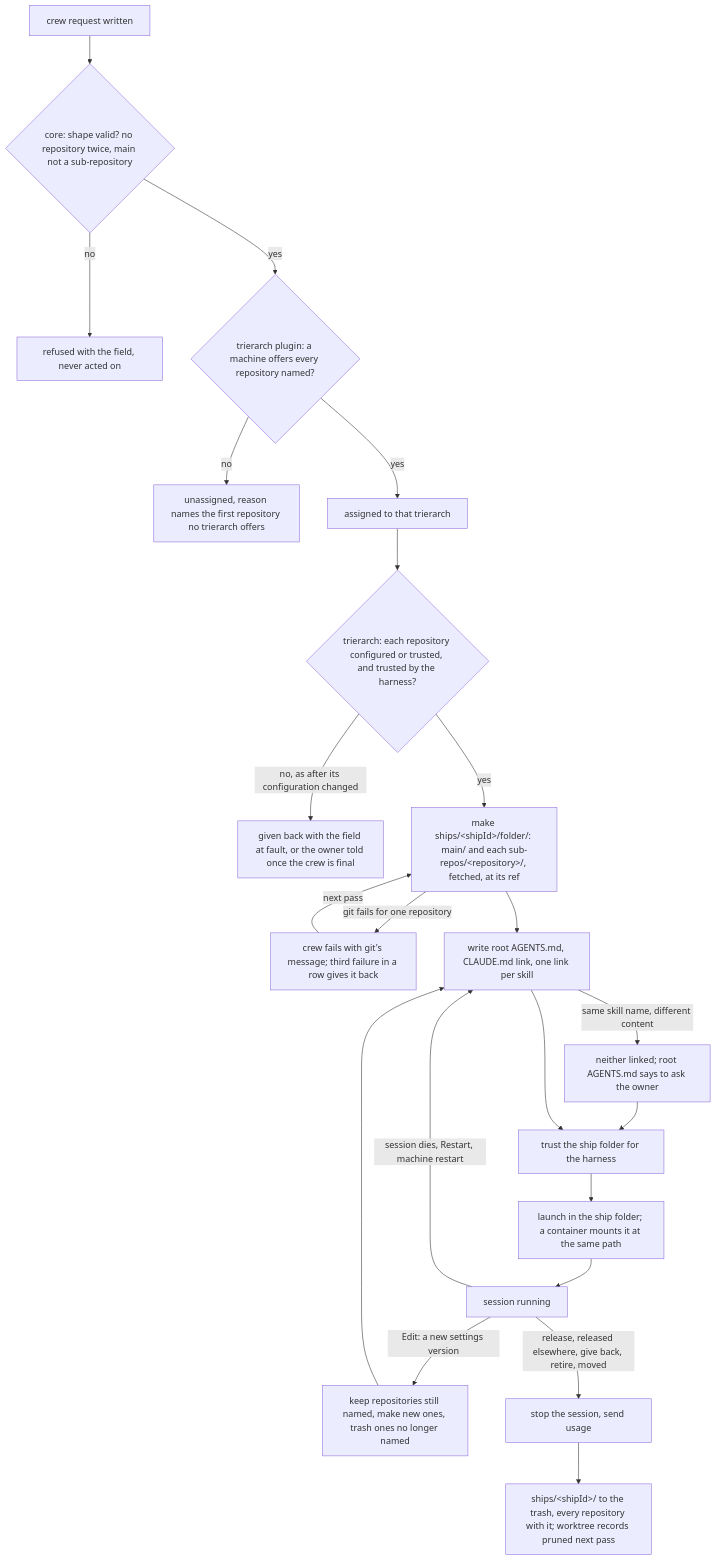
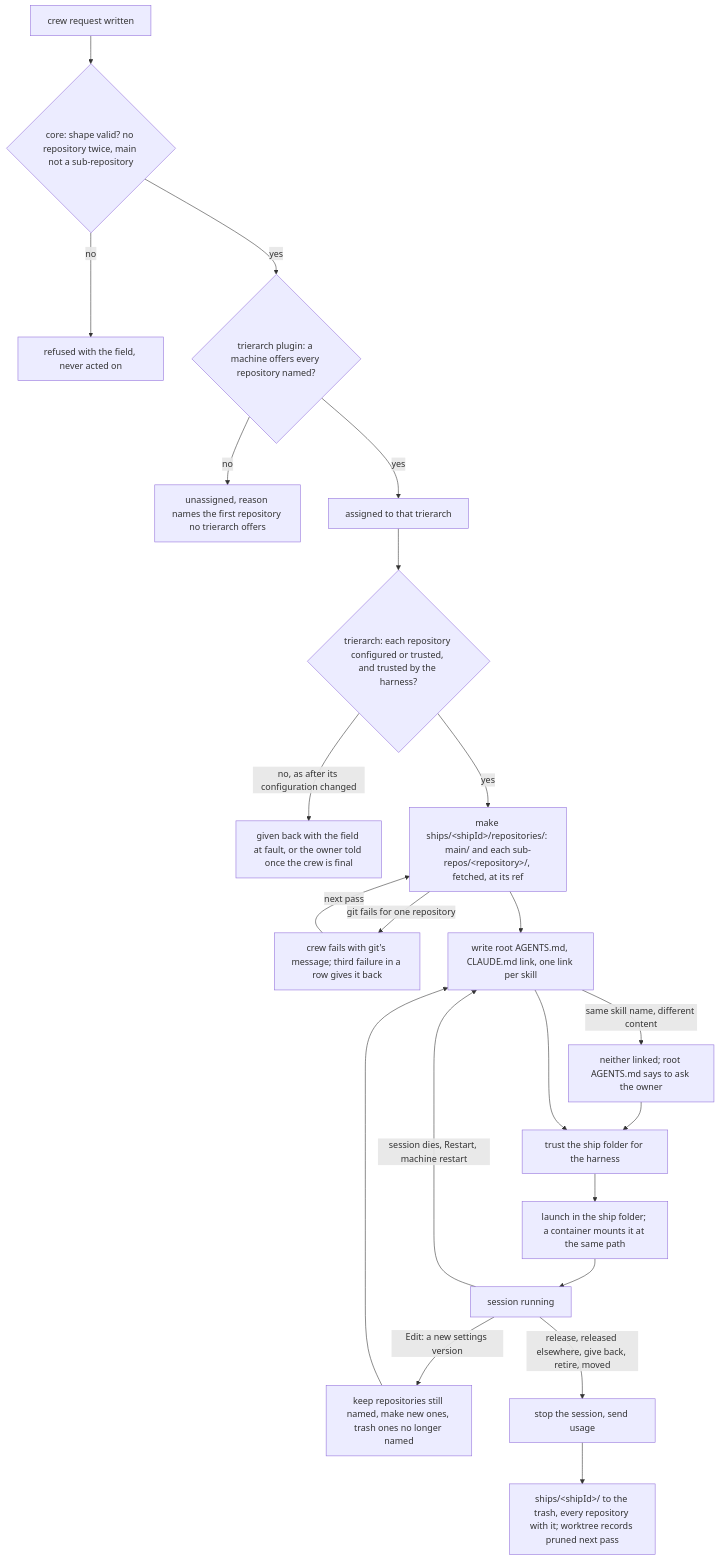
The diagram in docs/design/ship-folder.md (ThomasHendrickx/aeolus-fleet-trierarch), drawn with Mermaid before and after one commit. The commit also changed other lines of this file, not shown here.

Commit message:
docs(design): the ship folder is ships/<shipId>/repositories, sub-repositories have no limit of their own (Refs ThomasHendrickx/aeolus-fleet#1759)

````diff
--- a/docs/design/ship-folder.md
+++ b/docs/design/ship-folder.md
@@ -64,25 +64,25 @@
 ```mermaid
 flowchart TD
   RQ[crew request written] --> CK{core: shape valid? no repository twice, main not a sub-repository}
   CK -->|no| RF[refused with the field, never acted on]
   CK -->|yes| PL{trierarch plugin: a machine offers every repository named?}
   PL -->|no| NC[unassigned, reason names the first repository no trierarch offers]
   PL -->|yes| AS[assigned to that trierarch]
   AS --> TC{trierarch: each repository configured or trusted, and trusted by the harness?}
   TC -->|"no, as after its configuration changed"| GB[given back with the field at fault, or the owner told once the crew is final]
-  TC -->|yes| MK["make ships/&lt;shipId&gt;/folder/: main/ and each sub-repos/&lt;repository&gt;/, fetched, at its ref"]
+  TC -->|yes| MK["make ships/&lt;shipId&gt;/repositories/: main/ and each sub-repos/&lt;repository&gt;/, fetched, at its ref"]
   MK -->|"git fails for one repository"| FL[crew fails with git's message; third failure in a row gives it back]
   FL -->|next pass| MK
   MK --> RT[write root AGENTS.md, CLAUDE.md link, one link per skill]
   RT -->|"same skill name, different content"| AK[neither linked; root AGENTS.md says to ask the owner]
   AK --> TR
   RT --> TR[trust the ship folder for the harness]
   TR --> LA[launch in the ship folder; a container mounts it at the same path]
   LA --> RUN[session running]
 
   RUN -->|"session dies, Restart, machine restart"| RT
   RUN -->|"Edit: a new settings version"| UP[keep repositories still named, make new ones, trash ones no longer named]
   UP --> RT
   RUN -->|"release, released elsewhere, give back, retire, moved"| END[stop the session, send usage]
   END --> RM["ships/&lt;shipId&gt;/ to the trash, every repository with it; worktree records pruned next pass"]
 ```
````
